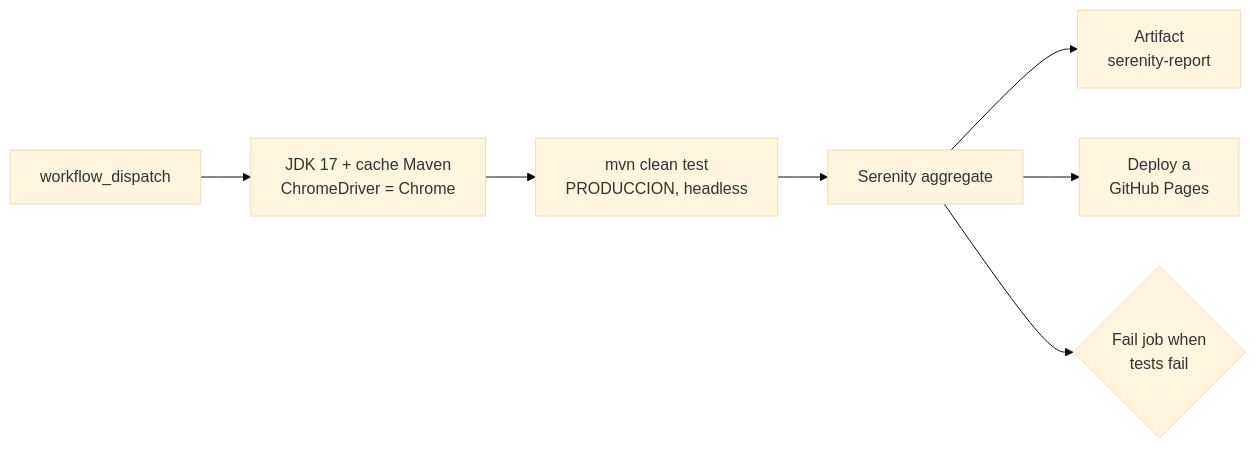
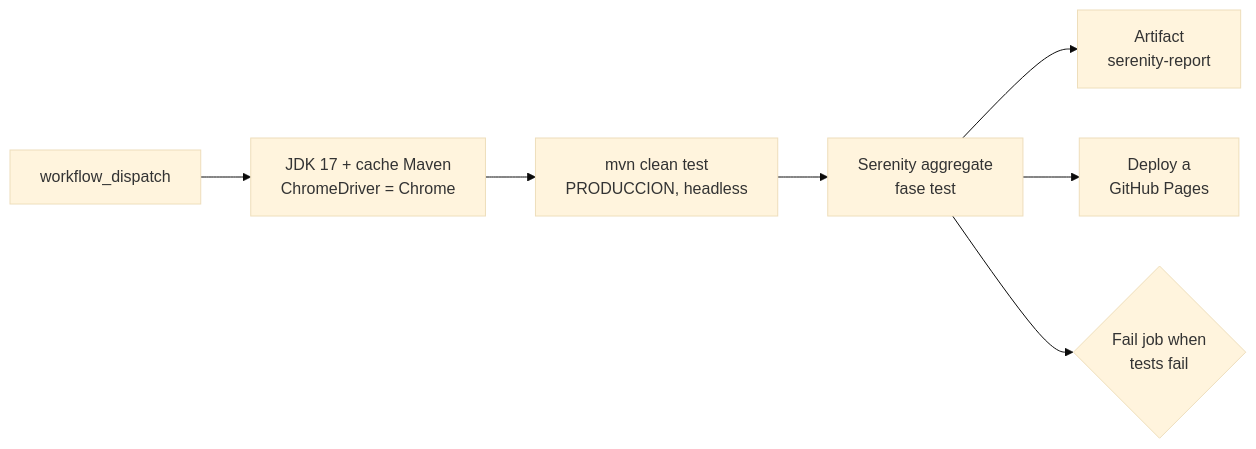
The diagram in README.md (CarlosGC123/TicketPe-Testing-Web), drawn with Mermaid (base theme) before and after one commit. The commit also changed other lines of this file and 7 other files, not shown here.

````diff
--- a/README.md
+++ b/README.md
@@ -37,9 +54,9 @@
 ```mermaid
 flowchart LR
   A[workflow_dispatch] --> B[JDK 17 + cache Maven<br/>ChromeDriver = Chrome]
   B --> C[mvn clean test<br/>PRODUCCION, headless]
-  C --> D[Serenity aggregate]
+  C --> D[Serenity aggregate<br/>fase test]
   D --> E[Artifact<br/>serenity-report]
   D --> F[Deploy a<br/>GitHub Pages]
   D --> G{Fail job when<br/>tests fail}
 ```
````
